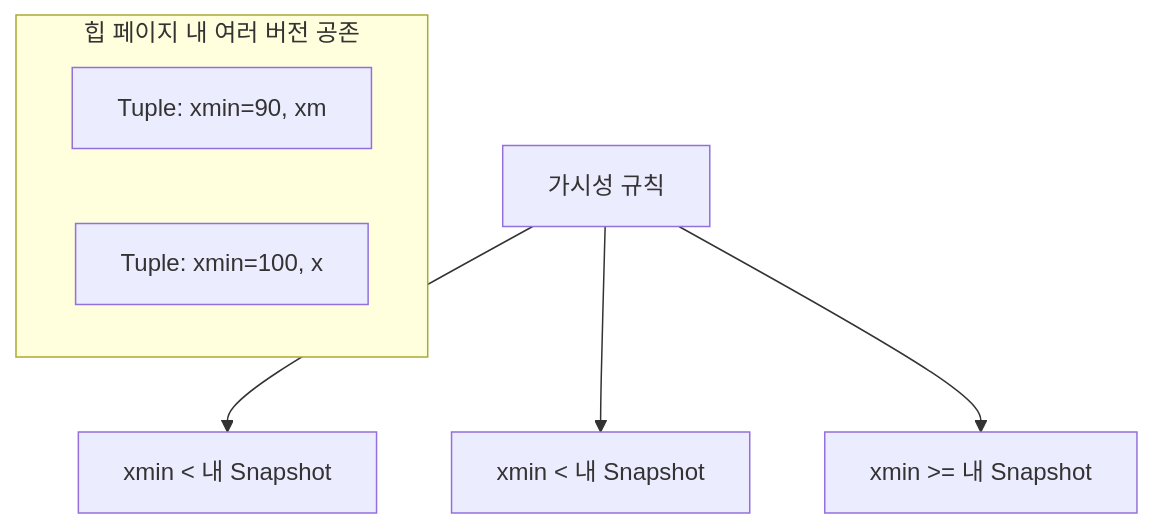
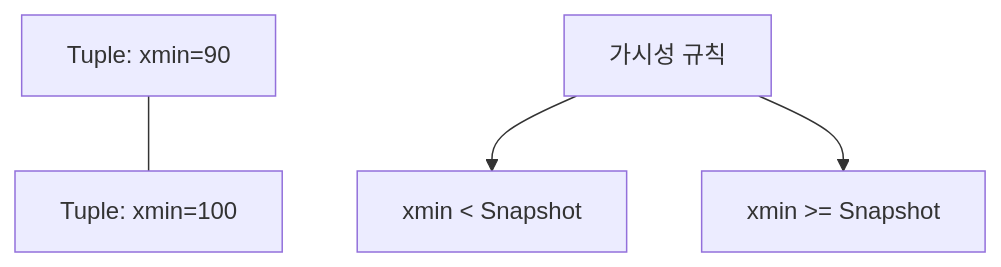
Before and after one commit to yjkim2015/yjkim2015.github.io: the eighth of 15 diagrams in _posts/db/2026-05-01-db-comparison.md, drawn with Mermaid. The commit also changed other lines of this file and 155 other files, not shown here.

First line of the commit message:
Mermaid 전면 수정: subgraph 제거, participant/노드/줄수 축소 (342블록)

````diff
--- a/_posts/db/2026-05-01-db-comparison.md
+++ b/_posts/db/2026-05-01-db-comparison.md
@@ -165,10 +158,6 @@
 ```mermaid
 graph TD
-    subgraph "힙 페이지 내 여러 버전 공존"
-        T1["Tuple: xmin=90, xm"]
-        T2["Tuple: xmin=100, x"]
-    end
-    V["가시성 규칙"] --> V1["xmin < 내 Snapshot"]
-    V --> V2["xmin < 내 Snapshot"]
-    V --> V3["xmin >= 내 Snapshot"]
+    T1["Tuple: xmin=90"] --- T2["Tuple: xmin=100"]
+    V["가시성 규칙"] --> V1["xmin < Snapshot"]
+    V --> V2["xmin >= Snapshot"]
 ```
````
